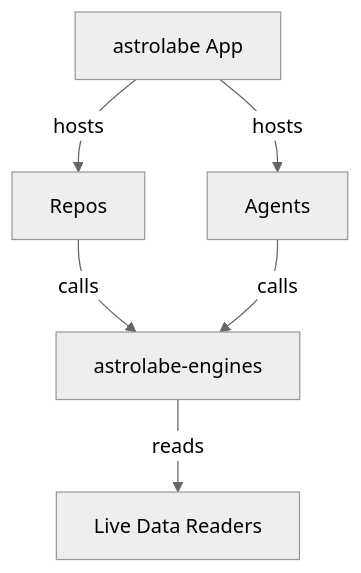
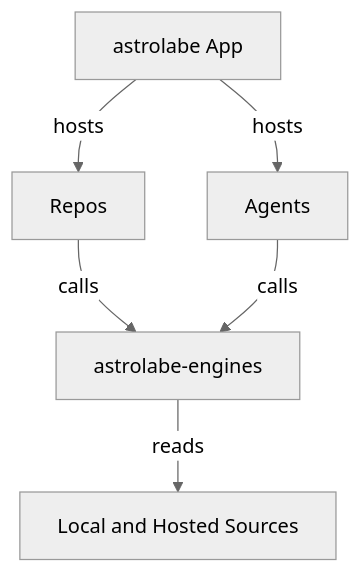
Before and after one commit to AhmedKhan-GH/astrolabe: the diagram in docs/apps/index.md, drawn with Mermaid (neutral theme). The commit also changed other lines of this file and 6 other files, not shown here.

````diff
--- a/docs/apps/index.md
+++ b/docs/apps/index.md
@@ -9,8 +9,8 @@
 ```mermaid
 flowchart TB
     app[astrolabe App] -->|hosts| repos[Repos]
     app -->|hosts| agents[Agents]
     repos -->|calls| engines[astrolabe-engines]
     agents -->|calls| engines
-    engines -->|reads| readers[Live Data Readers]
+    engines -->|reads| sources[Local and Hosted Sources]
 ```
````
